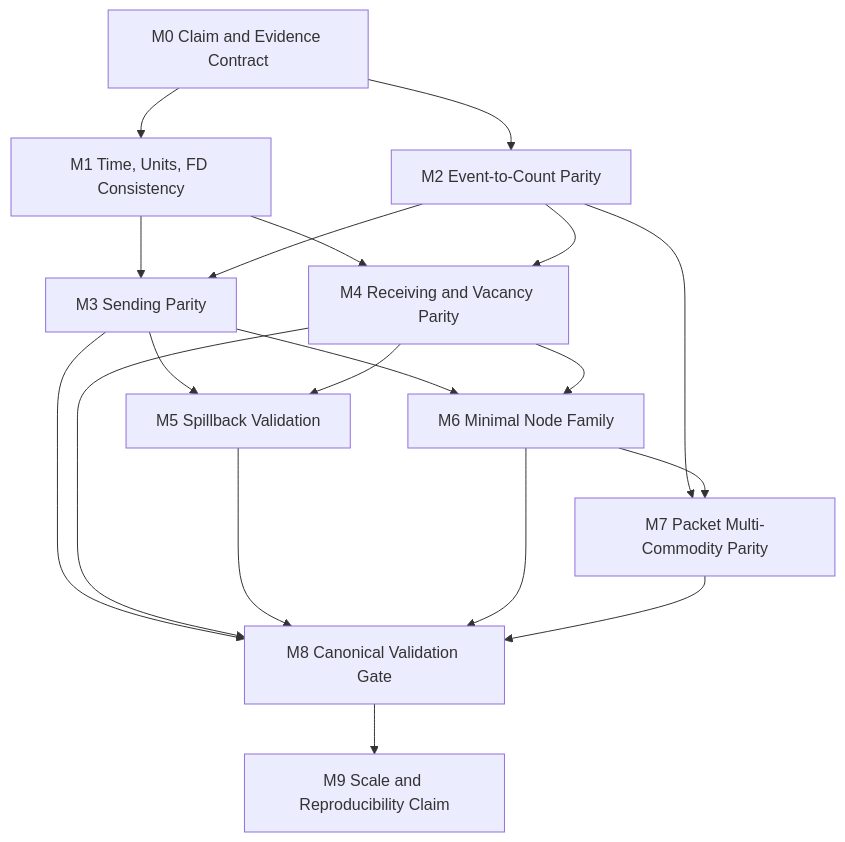
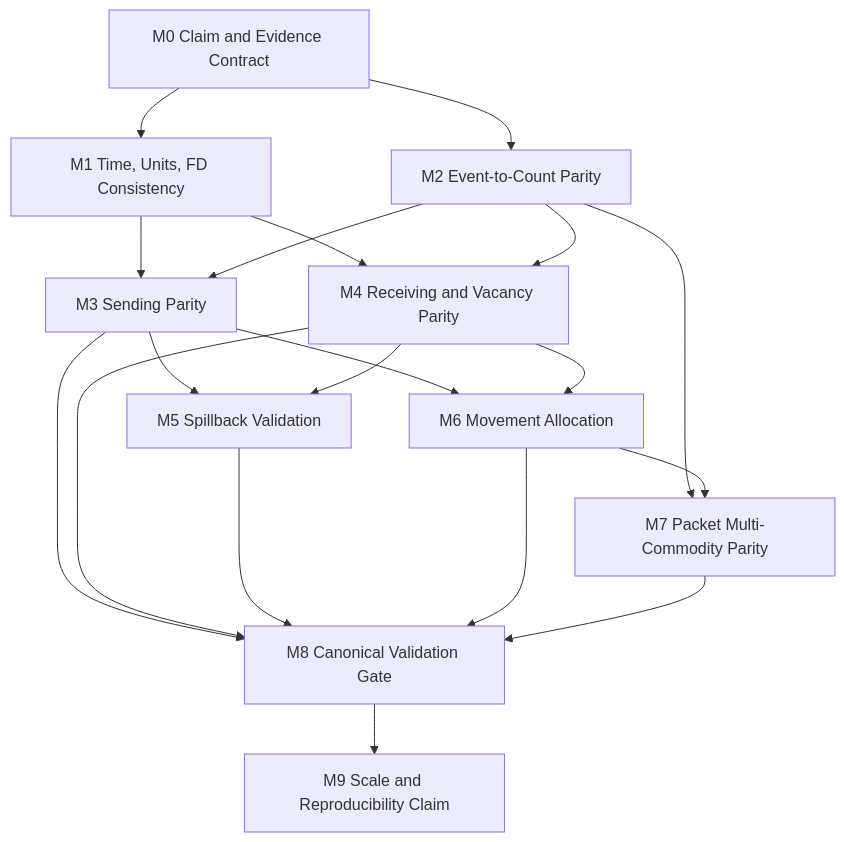
Before and after one commit to CORBlimey21/urban-cybernetics: the diagram in docs/specifications/academic_ltm_parity_technical_implementation_plan.md, drawn with Mermaid. The commit also changed other lines of this file and 17 other files, not shown here.

Commit message:
feat: migrate parity nodes to movement allocation architecture

````diff
--- a/docs/specifications/academic_ltm_parity_technical_implementation_plan.md
+++ b/docs/specifications/academic_ltm_parity_technical_implementation_plan.md
@@ -102,32 +102,32 @@
 ```mermaid
 flowchart TD
   M0["M0 Claim and Evidence Contract"]
   M1["M1 Time, Units, FD Consistency"]
   M2["M2 Event-to-Count Parity"]
   M3["M3 Sending Parity"]
   M4["M4 Receiving and Vacancy Parity"]
   M5["M5 Spillback Validation"]
-  M6["M6 Minimal Node Family"]
+  M6["M6 Movement Allocation"]
   M7["M7 Packet Multi-Commodity Parity"]
   M8["M8 Canonical Validation Gate"]
   M9["M9 Scale and Reproducibility Claim"]
 
   M0 --> M1
   M0 --> M2
   M1 --> M3
   M1 --> M4
   M2 --> M3
   M2 --> M4
   M3 --> M5
   M4 --> M5
   M3 --> M6
   M4 --> M6
   M2 --> M7
   M6 --> M7
   M3 --> M8
   M4 --> M8
   M5 --> M8
   M6 --> M8
   M7 --> M8
   M8 --> M9
 ```
````
